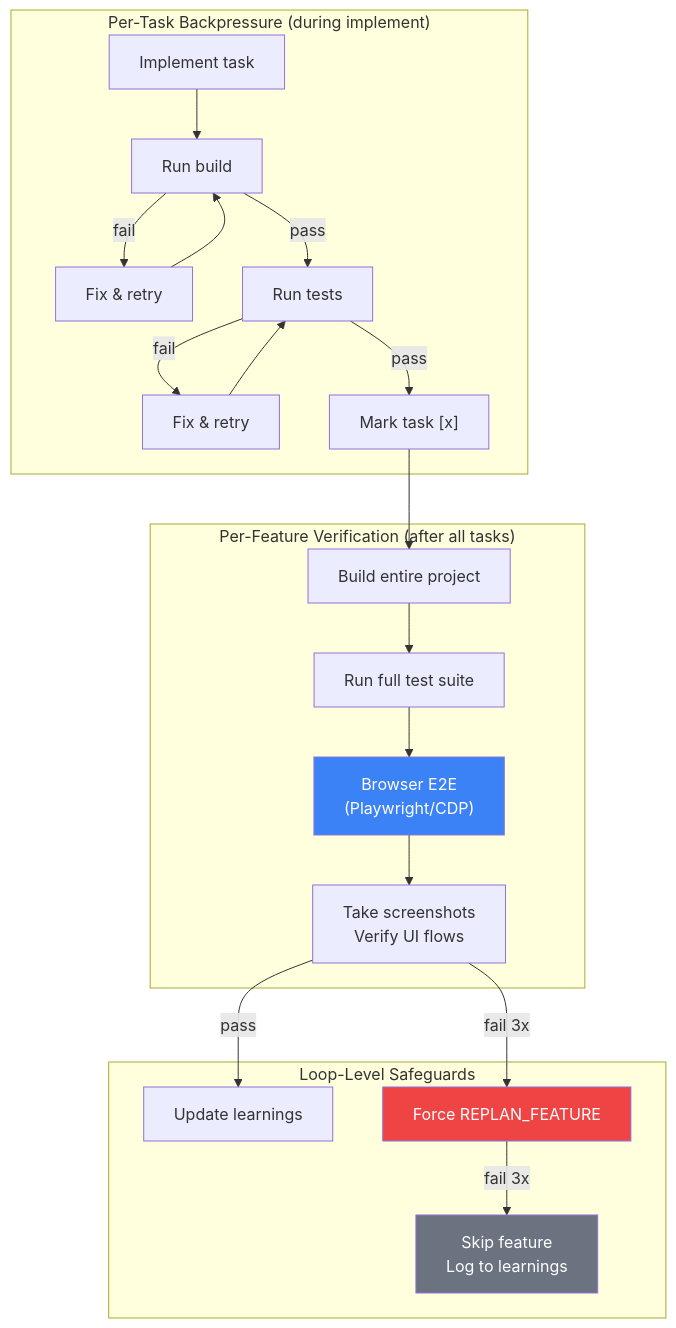
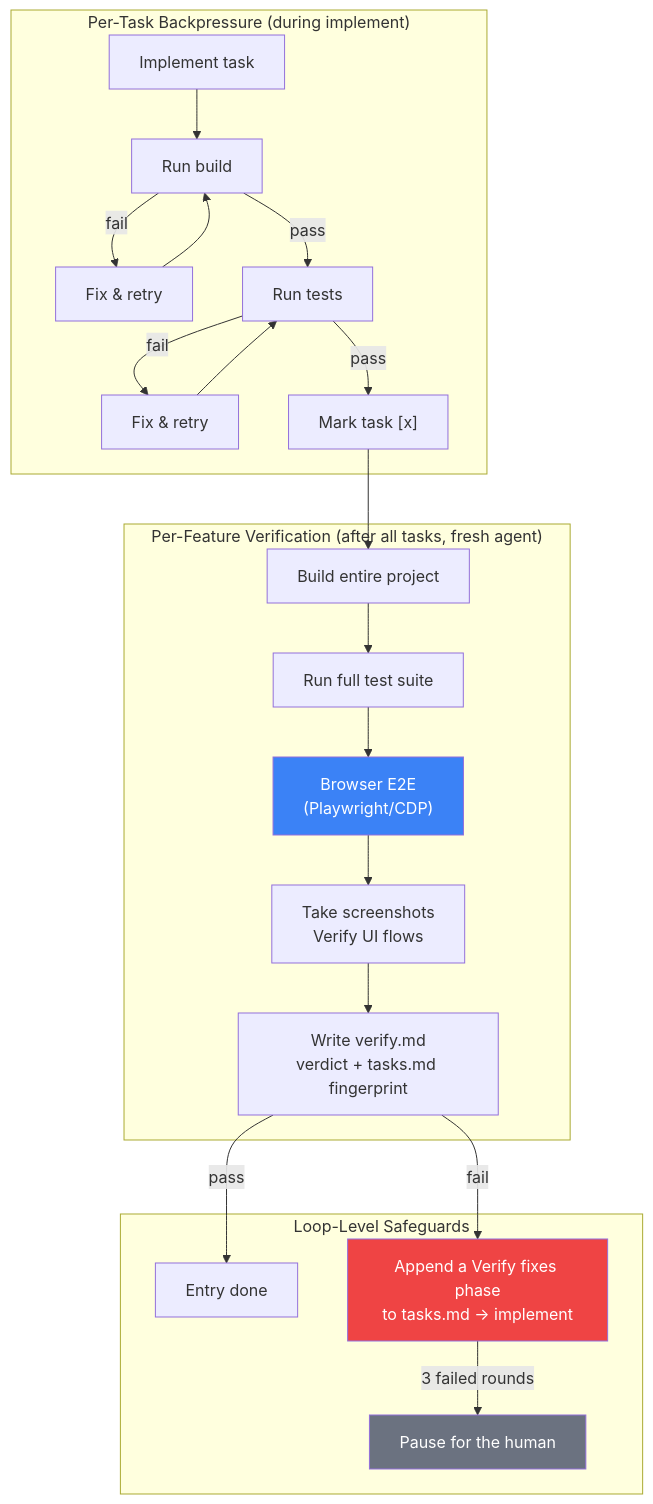
The sixth of 11 diagrams in docs/SOLUTION.md (lukaskellerstein/dex), drawn with Mermaid before and after one commit. The commit also changed other lines of this file and 206 other files, not shown here.

````diff
--- a/docs/SOLUTION.md
+++ b/docs/SOLUTION.md
@@ -255,29 +259,30 @@
 ```mermaid
 flowchart TB
     subgraph "Per-Task Backpressure (during implement)"
         T1[Implement task] --> BUILD1[Run build]
         BUILD1 -->|fail| FIX1[Fix & retry]
         FIX1 --> BUILD1
         BUILD1 -->|pass| TEST1[Run tests]
         TEST1 -->|fail| FIX2[Fix & retry]
         FIX2 --> TEST1
         TEST1 -->|pass| MARK["Mark task [x]"]
     end
 
-    subgraph "Per-Feature Verification (after all tasks)"
+    subgraph "Per-Feature Verification (after all tasks, fresh agent)"
         MARK --> VBUILD[Build entire project]
         VBUILD --> VTEST[Run full test suite]
         VTEST --> E2E["Browser E2E\n(Playwright/CDP)"]
         E2E --> SCREENSHOT[Take screenshots\nVerify UI flows]
+        SCREENSHOT --> RECORD["Write verify.md\nverdict + tasks.md fingerprint"]
     end
 
     subgraph "Loop-Level Safeguards"
-        SCREENSHOT -->|pass| LEARNINGS[Update learnings]
-        SCREENSHOT -->|fail 3x| REPLAN[Force REPLAN_FEATURE]
-        REPLAN -->|fail 3x| SKIP[Skip feature\nLog to learnings]
+        RECORD -->|pass| DONE[Entry done]
+        RECORD -->|fail| FIXES["Append a Verify fixes phase\nto tasks.md → implement"]
+        FIXES -->|3 failed rounds| PAUSE[Pause for the human]
     end
 
     style E2E fill:#3b82f6,color:#fff
-    style REPLAN fill:#ef4444,color:#fff
-    style SKIP fill:#6b7280,color:#fff
+    style FIXES fill:#ef4444,color:#fff
+    style PAUSE fill:#6b7280,color:#fff
 ```
````
